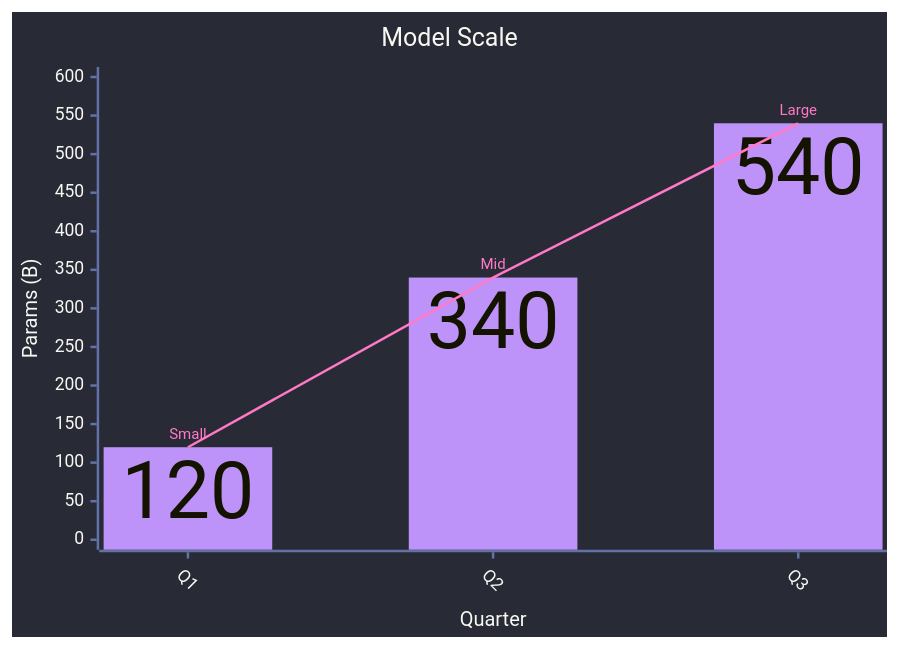
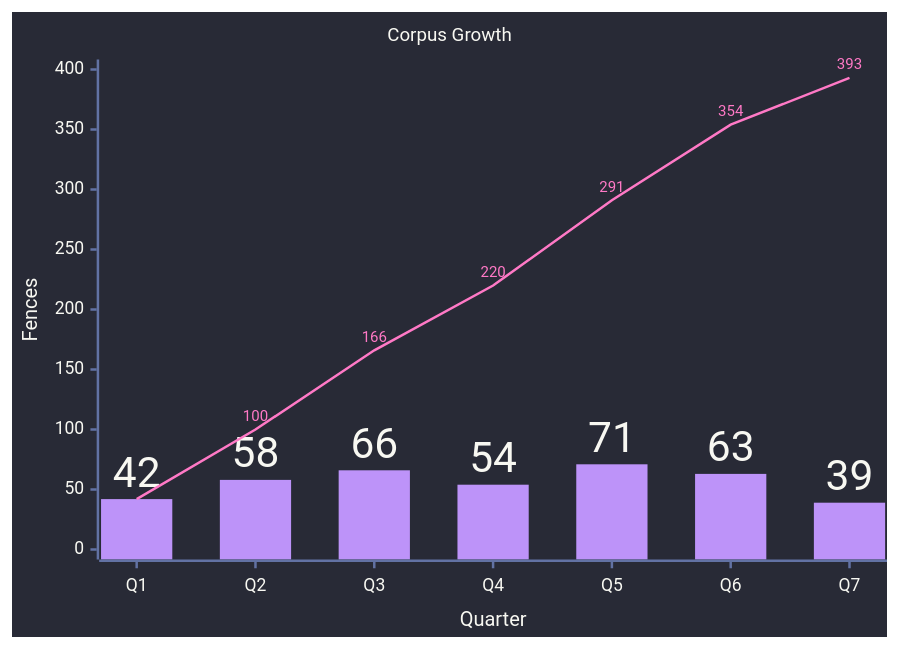
Before and after one commit to bsamiee/Rasm: the eighth of 25 diagrams in .claude/skills/mermaid-diagramming/references/syntax-extended.md, drawn with Mermaid. The commit also changed other lines of this file and 56 other files, not shown here.

````diff
--- a/.claude/skills/mermaid-diagramming/references/syntax-extended.md
+++ b/.claude/skills/mermaid-diagramming/references/syntax-extended.md
@@ -257,36 +426,38 @@
 ```mermaid
 ---
 config:
   theme: base
   look: classic
   xyChart:
     showDataLabel: true
-    xAxis:
-      labelRotation: 45
+    showDataLabelOutsideBar: true
+    titleFontSize: 15
   themeVariables:
     darkMode: true
     fontFamily: "SF Mono, Menlo, Cascadia Mono, Segoe UI Mono, Consolas, monospace"
     useGradient: false
     dropShadow: "none"
     xyChart:
       backgroundColor: "#282A36"
       titleColor: "#F8F8F2"
+      dataLabelColor: "#F8F8F2"
       xAxisLabelColor: "#F8F8F2"
       xAxisTitleColor: "#F8F8F2"
       xAxisTickColor: "#6272A4"
       xAxisLineColor: "#6272A4"
       yAxisLabelColor: "#F8F8F2"
       yAxisTitleColor: "#F8F8F2"
       yAxisTickColor: "#6272A4"
       yAxisLineColor: "#6272A4"
       plotColorPalette: "#BD93F9, #FF79C6"
+  themeCSS: ".bar-plot-0 rect{fill-opacity:.75;stroke-width:1.5px}.plot text{font-size:11px}"
 ---
 xychart
-  accTitle: Bar and line demo
-  accDescr: Quarterly scale as bars with a labeled line overlay.
-  title "Model Scale"
-  x-axis "Quarter" ["Q1", "Q2", "Q3"]
-  y-axis "Params (B)" 0 --> 600
-  bar [120, 340, 540]
-  line [120 "Small", 340 "Mid", 540 "Large"]
+  accTitle: Corpus growth
+  accDescr: Fences added per quarter as bars with the cumulative corpus size as a line overlay.
+  title "Corpus Growth"
+  x-axis "Quarter" ["Q1", "Q2", "Q3", "Q4", "Q5", "Q6", "Q7"]
+  y-axis "Fences" 0 --> 400
+  bar [42, 58, 66, 54, 71, 63, 39]
+  line [42, 100 "100", 166 "166", 220 "220", 291 "291", 354 "354", 393 "393"]
 ```
````
